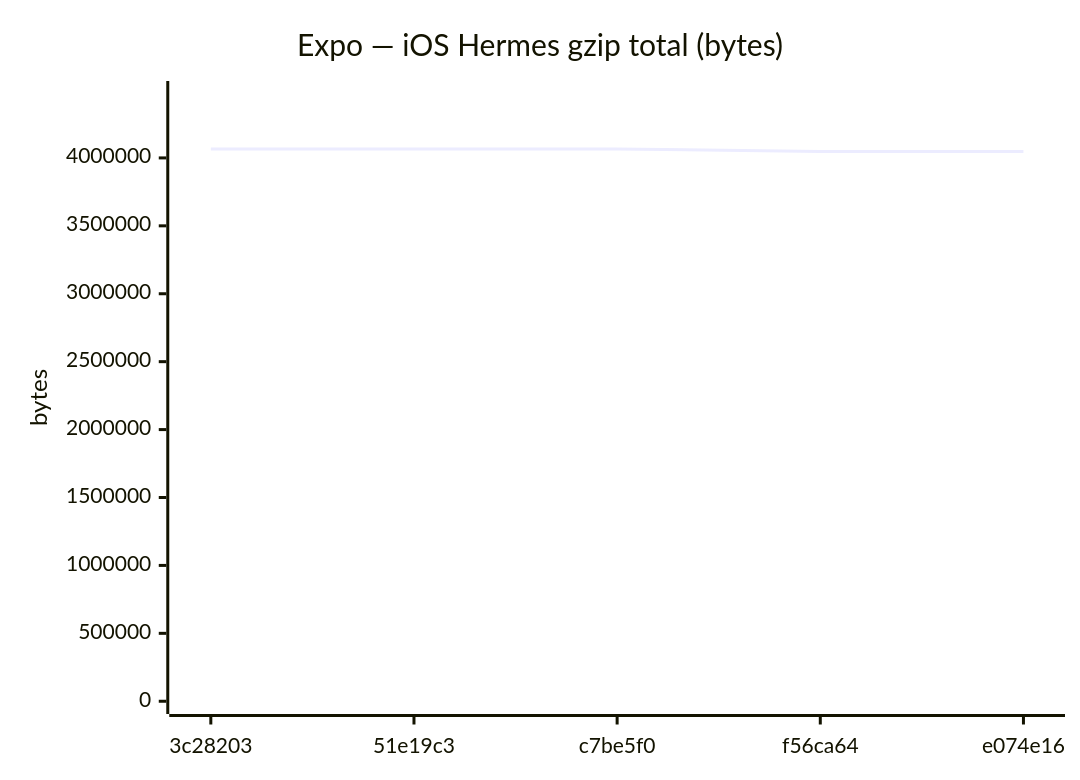
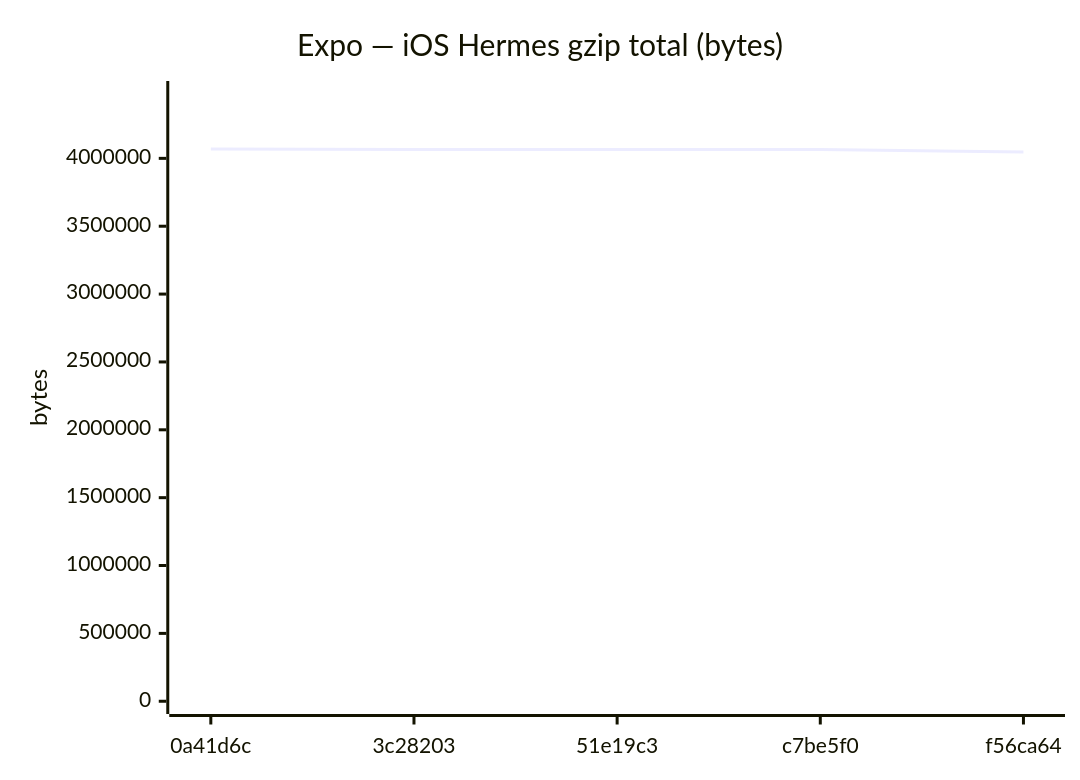
One commit to Metaheurist/Rianell changed diagram 12 of 18 in benchmarks/compare.md. Above: the diagram before and after it, drawn with Mermaid. The commit also changed other lines of this file and 11 other files, not shown here.

````diff
--- a/benchmarks/compare.md
+++ b/benchmarks/compare.md
@@ -179,7 +179,7 @@
 ```mermaid
 xychart-beta
     title "Expo — iOS Hermes gzip total (bytes)"
-    x-axis ["3c28203", "51e19c3", "c7be5f0", "f56ca64", "e074e16"]
-    y-axis "bytes" 0 --> 4472399
-    line [4065403, 4065816, 4065817, 4047233, 4047234]
+    x-axis ["0a41d6c", "3c28203", "51e19c3", "c7be5f0", "f56ca64"]
+    y-axis "bytes" 0 --> 4476018
+    line [4069107, 4065403, 4065816, 4065817, 4047233]
 ```
````
